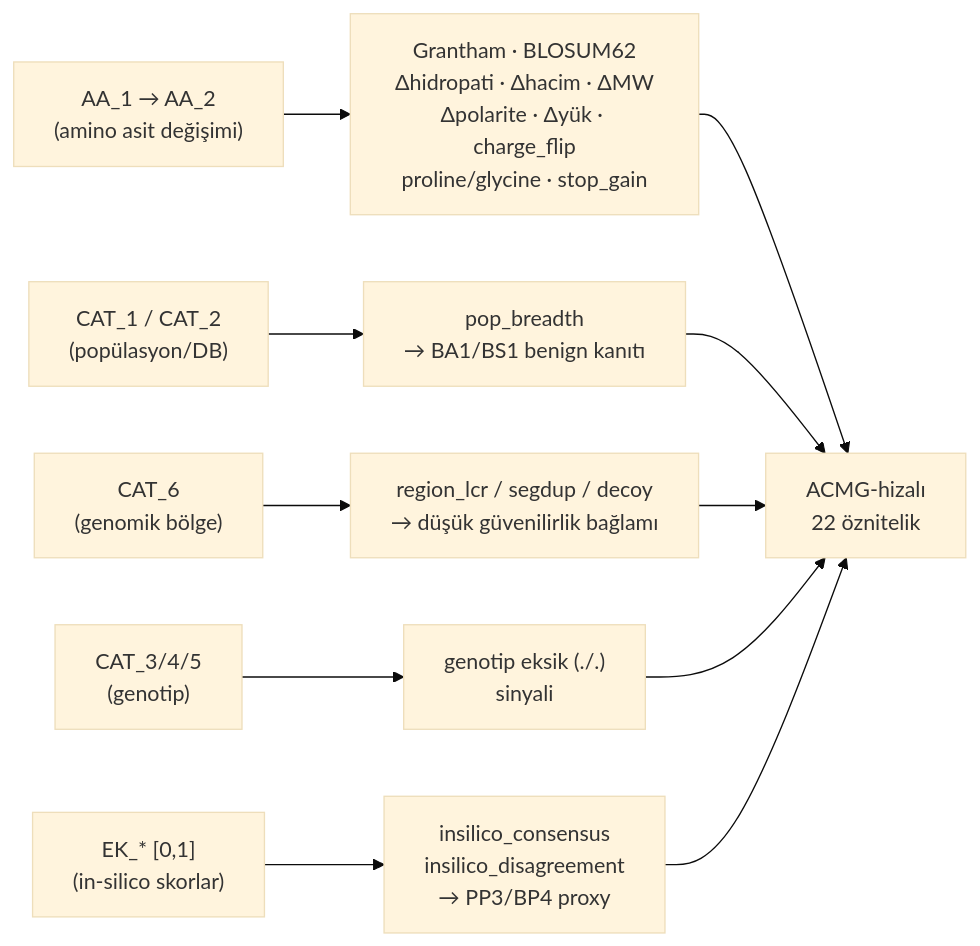
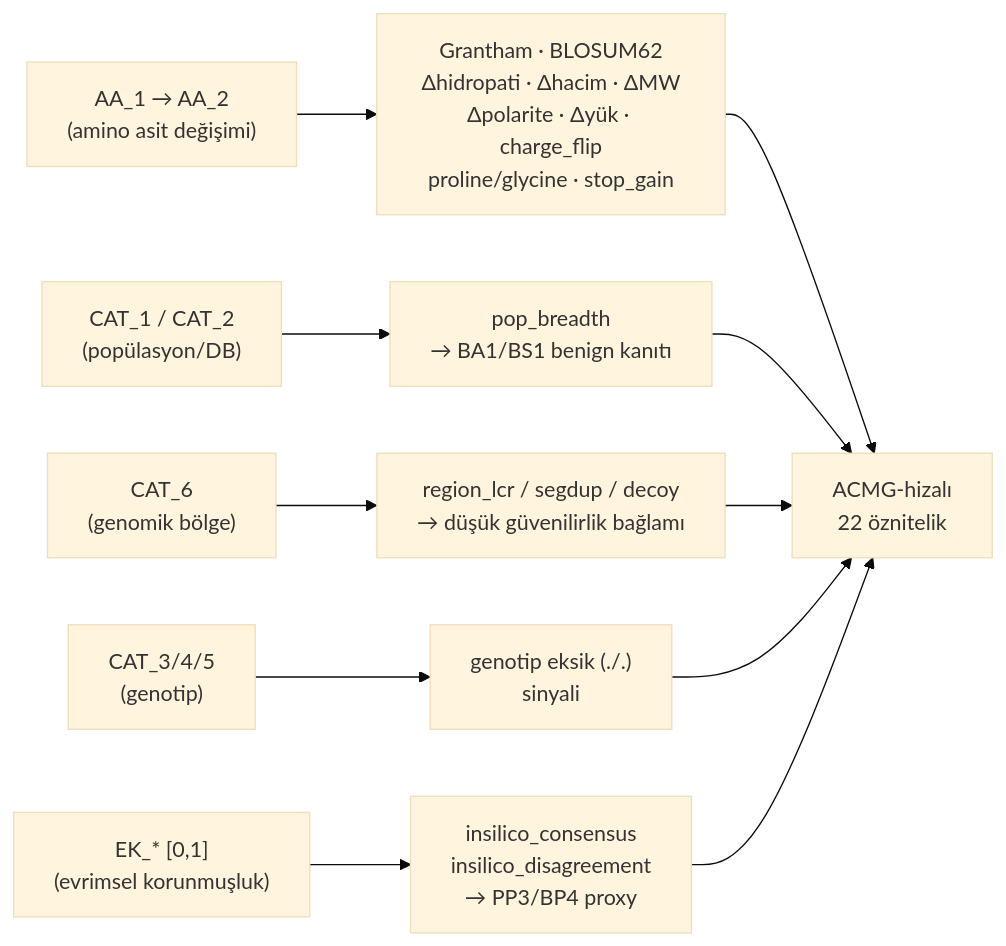
One commit to msgxr/VARIANT-GNN changed the sixth of 17 diagrams in README.md. Above: the diagram before and after it, drawn with Mermaid (base theme). The commit also changed other lines of this file and 8 other files, not shown here.

First line of the commit message:
fix: şartname v2 uyumu — PAH=Fenilketonüri, EK_=Evrimsel Korunmuşluk, asimetrik test tasarımı

````diff
--- a/README.md
+++ b/README.md
@@ -466,20 +466,20 @@
 ```mermaid
 flowchart LR
     AA["AA_1 → AA_2\n(amino asit değişimi)"]
     CAT12["CAT_1 / CAT_2\n(popülasyon/DB)"]
     CAT6["CAT_6\n(genomik bölge)"]
     CAT345["CAT_3/4/5\n(genotip)"]
-    EK["EK_* [0,1]\n(in-silico skorlar)"]
+    EK["EK_* [0,1]\n(evrimsel korunmuşluk)"]
 
     AA --> F1["Grantham · BLOSUM62\nΔhidropati · Δhacim · ΔMW\nΔpolarite · Δyük · charge_flip\nproline/glycine · stop_gain"]
     CAT12 --> F2["pop_breadth\n→ BA1/BS1 benign kanıtı"]
     CAT6 --> F3["region_lcr / segdup / decoy\n→ düşük güvenilirlik bağlamı"]
     CAT345 --> F4["genotip eksik (./.)\nsinyali"]
     EK --> F5["insilico_consensus\ninsilico_disagreement\n→ PP3/BP4 proxy"]
 
     F1 --> ACMG["ACMG-hizalı\n22 öznitelik"]
     F2 --> ACMG
     F3 --> ACMG
     F4 --> ACMG
     F5 --> ACMG
 ```
````
